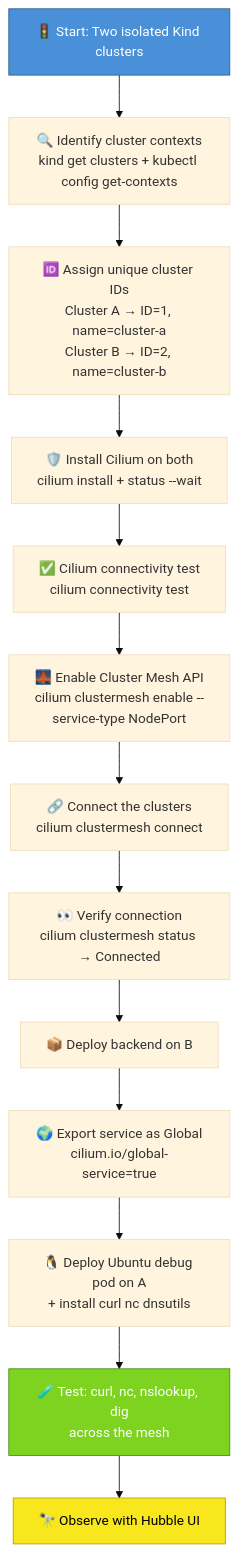
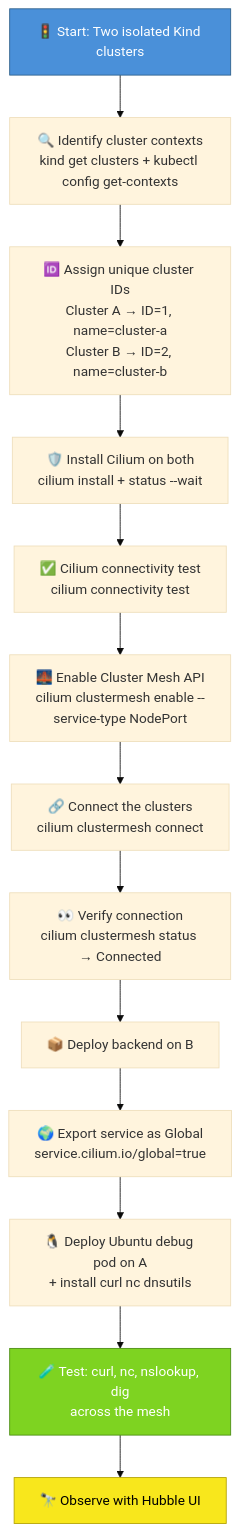
Diagram 14 of 14 in readme.md (Orpere/kind), drawn with Mermaid (base theme) before and after one commit. The commit also changed other lines of this file and 5 other files, not shown here.

First line of the commit message:
Add automated ClusterMesh build script and fix global-service setup

````diff
--- a/readme.md
+++ b/readme.md
@@ -1266,23 +1313,23 @@
 ```mermaid
 graph TB
     START["🚦 Start: Two isolated Kind clusters"]
     IDENTIFY["🔍 Identify cluster contexts<br/>kind get clusters + kubectl config get-contexts"]
     ASSIGN_ID["🆔 Assign unique cluster IDs<br/>Cluster A → ID=1, name=cluster-a<br/>Cluster B → ID=2, name=cluster-b"]
     INSTALL["🛡️ Install Cilium on both<br/>cilium install + status --wait"]
     TEST_INSTALL["✅ Cilium connectivity test<br/>cilium connectivity test"]
     ENABLE["🌉 Enable Cluster Mesh API<br/>cilium clustermesh enable --service-type NodePort"]
     CONNECT["🔗 Connect the clusters<br/>cilium clustermesh connect"]
     VERIFY_CONN["👀 Verify connection<br/>cilium clustermesh status → Connected"]
     DEPLOY["📦 Deploy backend on B"]
-    EXPORT["🌍 Export service as Global<br/>cilium.io/global-service=true"]
+    EXPORT["🌍 Export service as Global<br/>service.cilium.io/global=true"]
     DEPLOY_DEBUG["🐧 Deploy Ubuntu debug pod on A<br/>+ install curl nc dnsutils"]
     TEST["🧪 Test: curl, nc, nslookup, dig<br/>across the mesh"]
     HUBBLE["🔭 Observe with Hubble UI"]
 
     START --> IDENTIFY --> ASSIGN_ID --> INSTALL --> TEST_INSTALL --> ENABLE --> CONNECT
     CONNECT --> VERIFY_CONN --> DEPLOY --> EXPORT --> DEPLOY_DEBUG --> TEST --> HUBBLE
 
     style START fill:#4A90D9,stroke:#2C5F8A,color:#fff
     style TEST fill:#7ED321,stroke:#4A8C12,color:#fff
     style HUBBLE fill:#F8E71C,stroke:#B3A100,color:#000
 ```
````
